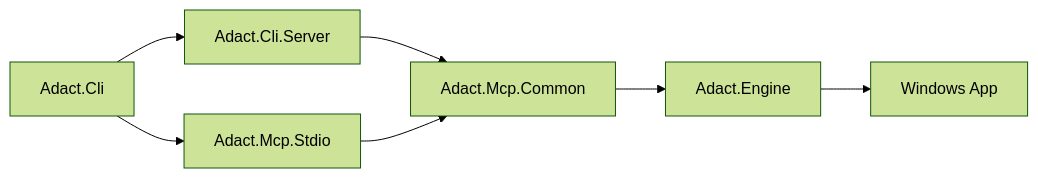
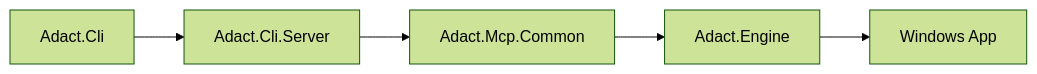
The diagram in docs/architecture/components.md (84q/adact), drawn with Mermaid (forest theme) before and after one commit. The commit also changed other lines of this file and 56 other files, not shown here.

````diff
--- a/docs/architecture/components.md
+++ b/docs/architecture/components.md
@@ -5,16 +5,13 @@
 ```mermaid
 flowchart LR
 	cli[Adact.Cli]
 	server[Adact.Cli.Server]
 	common[Adact.Mcp.Common]
-	stdio[Adact.Mcp.Stdio]
 	engine[Adact.Engine]
 	app[Windows App]
 
 	cli --> server
-	cli --> stdio
 	server --> common
-	stdio --> common
 	common --> engine
 	engine --> app
 ```
````
